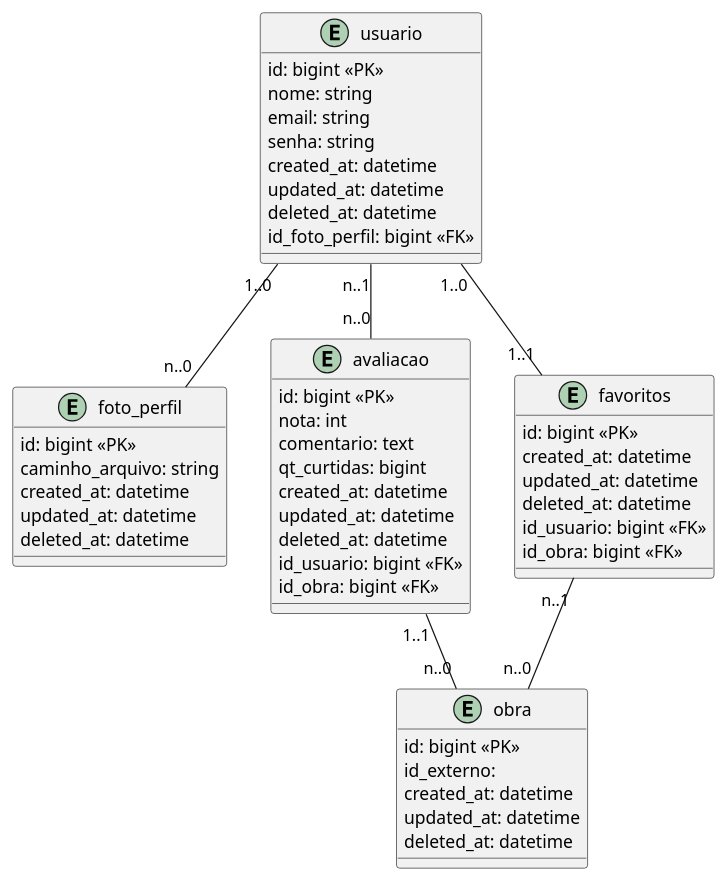
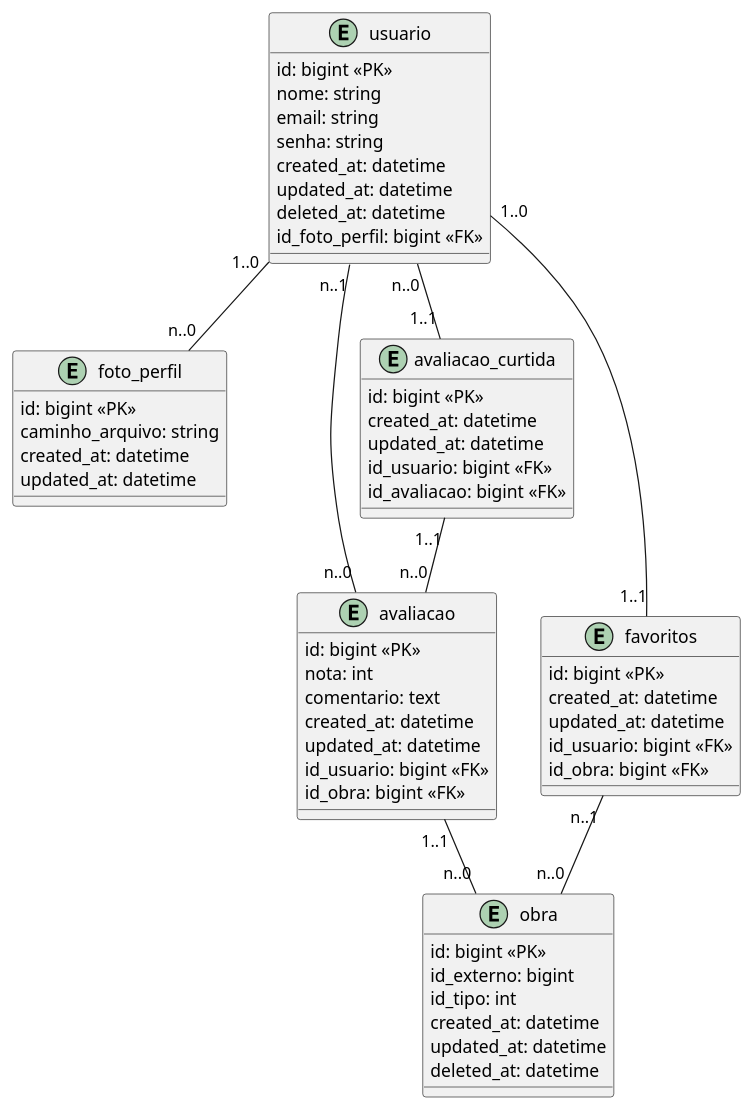
Before and after one commit to Berjooj/app_review_mangas: the diagram in uml/app.plantuml, drawn with PlantUML. The commit also changed 47 other files, not shown here.

```diff
--- a/uml/app.plantuml
+++ b/uml/app.plantuml
@@ -1,56 +1,63 @@
 @startuml review_app
 entity foto_perfil {
 	id: bigint <<PK>>
 	caminho_arquivo: string
 	created_at: datetime
 	updated_at: datetime
-	deleted_at: datetime
 }
 
 entity usuario {
 	id: bigint <<PK>>
 	nome: string
 	email: string
 	senha: string
 	created_at: datetime
 	updated_at: datetime
 	deleted_at: datetime
 	id_foto_perfil: bigint <<FK>>
 }
 
 entity obra {
 	id: bigint <<PK>>
-	id_externo:
+	id_externo: bigint
+	id_tipo: int
 	created_at: datetime
 	updated_at: datetime
 	deleted_at: datetime
 }
 
 entity avaliacao {
 	id: bigint <<PK>>
 	nota: int
 	comentario: text
-	qt_curtidas: bigint
 	created_at: datetime
 	updated_at: datetime
-	deleted_at: datetime
 	id_usuario: bigint <<FK>>
 	id_obra: bigint <<FK>>
 }
 
 entity favoritos {
 	id: bigint <<PK>>
 	created_at: datetime
 	updated_at: datetime
-	deleted_at: datetime
 	id_usuario: bigint <<FK>>
 	id_obra: bigint <<FK>>
+}
+
+entity avaliacao_curtida {
+	id: bigint <<PK>>
+	created_at: datetime
+	updated_at: datetime
+	id_usuario: bigint <<FK>>
+	id_avaliacao: bigint <<FK>>
 }
 
 usuario "1..0" -- "n..0" foto_perfil
 usuario "1..0" -- "1..1" favoritos
 favoritos "n..1" -- "n..0" obra
 avaliacao "1..1" -- "n..0" obra
 usuario "n..1" -- "n..0" avaliacao
+avaliacao_curtida "1..1" -- "n..0" avaliacao
+usuario "n..0" -- "1..1" avaliacao_curtida
 
 @enduml
```
